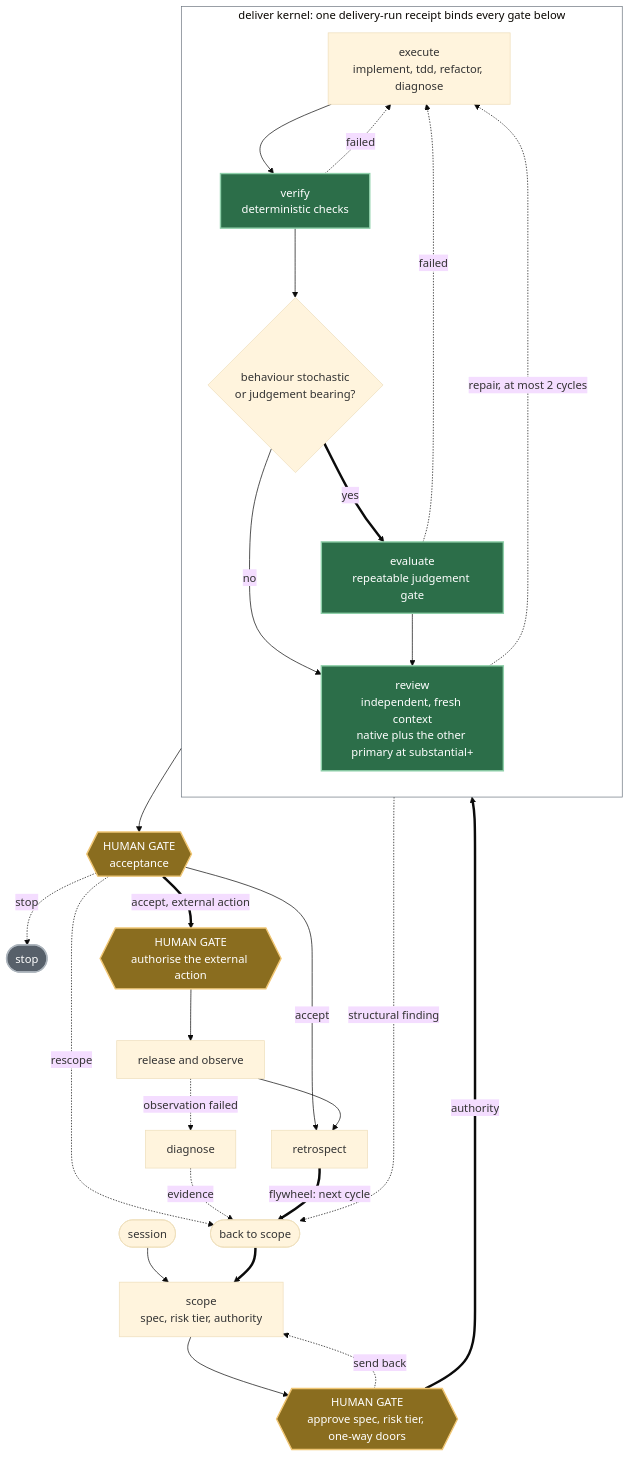
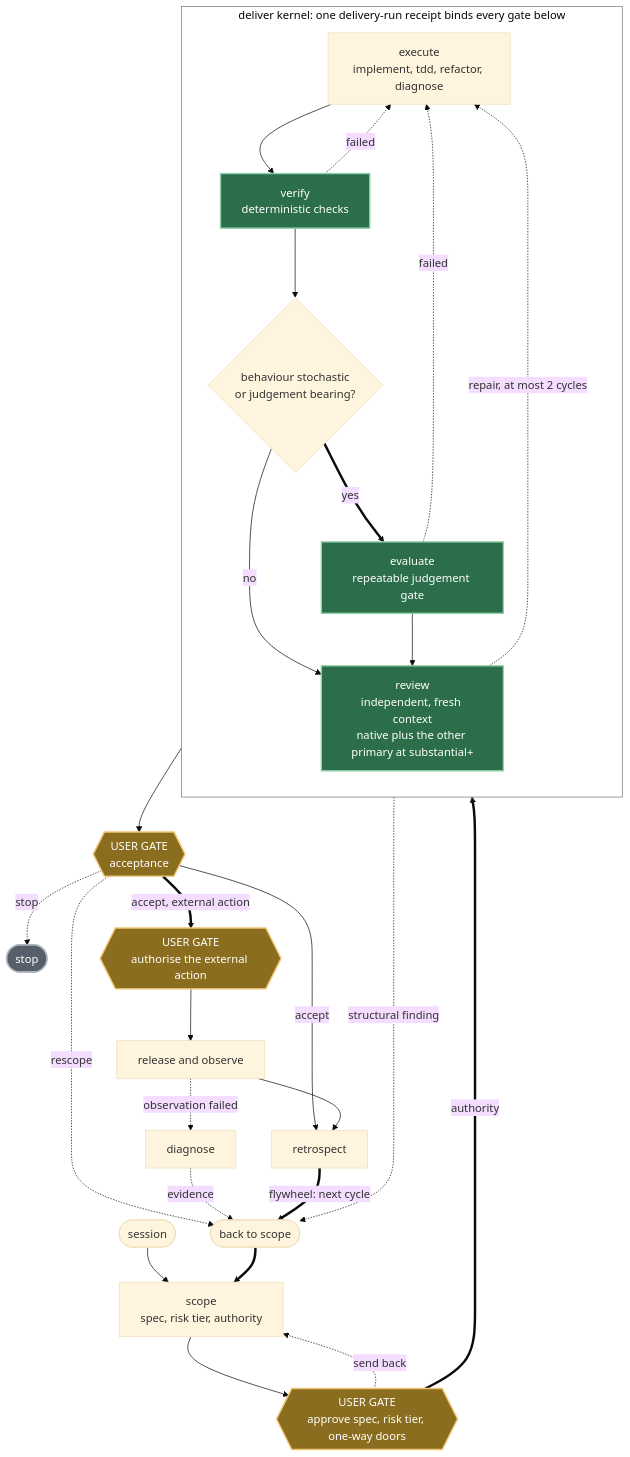
One commit to mblauberg/agent-harness changed the first of 3 diagrams in docs/ARCHITECTURE.md. Above: the diagram before and after it, drawn with Mermaid (base theme). The commit also changed other lines of this file and 9 other files, not shown here.

````diff
--- a/docs/ARCHITECTURE.md
+++ b/docs/ARCHITECTURE.md
@@ -44,43 +44,43 @@
 ```mermaid
 flowchart TB
-    accTitle: The full delivery lifecycle and its three human gates
-    accDescr: Session prepares context and scope produces the specification, risk tier and authority. A human gate approves the specification or sends it back to scope. Inside the deliver kernel, execute runs implement, tdd, refactor or diagnose, then deterministic verification runs, then a separate conditional evaluate gate runs only when behaviour is stochastic or judgement bearing, then an independent review in a fresh context that never authored the work. Review pressure scales with risk: routine work needs only the chair and its native checks, while substantial and above owe both a fresh native reviewer and the other primary family. A failed check or a blocking finding returns to execute for a repair budget scaled to task complexity, roughly 1-2 cycles for routine work and up to 5 for complex work — a guardrail against unbounded loops, not a target. The human acceptance gate accepts, rescopes or stops. Any external action needs a separate human authorisation before release and observation. A failed observation opens diagnose. Every path that returns work to scope, a structural review finding, a rescope at the acceptance gate, diagnostic evidence and the retrospect flywheel, converges on one back-to-scope collector rather than five separate return edges.
+    accTitle: The full delivery lifecycle and its three user gates
+    accDescr: Session prepares context and scope produces the specification, risk tier and authority. A user gate approves the specification or sends it back to scope. Inside the deliver kernel, execute runs implement, tdd, refactor or diagnose, then deterministic verification runs, then a separate conditional evaluate gate runs only when behaviour is stochastic or judgement bearing, then an independent review in a fresh context that never authored the work. Review pressure scales with risk: routine work needs only the chair and its native checks, while substantial and above owe both a fresh native reviewer and the other primary family. A failed check or a blocking finding returns to execute for a repair budget scaled to task complexity, roughly 1-2 cycles for routine work and up to 5 for complex work — a guardrail against unbounded loops, not a target. The user acceptance gate accepts, rescopes or stops. Any external action needs a separate user authorisation before release and observation. A failed observation opens diagnose. Every path that returns work to scope, a structural review finding, a rescope at the acceptance gate, diagnostic evidence and the retrospect flywheel, converges on one back-to-scope collector rather than five separate return edges.
     SE(["session"]) --> SC["scope<br/>spec, risk tier, authority"]
-    SC --> G1{{"HUMAN GATE<br/>approve spec, risk tier, one-way doors"}}
+    SC --> G1{{"USER GATE<br/>approve spec, risk tier, one-way doors"}}
     G1 -. "send back" .-> SC
     G1 == "authority" ==> DEL
 
     subgraph DEL["deliver kernel: one delivery-run receipt binds every gate below"]
       direction TB
       EX["execute<br/>implement, tdd, refactor, diagnose"] --> VF["verify<br/>deterministic checks"]
       VF -. "failed" .-> EX
       VF --> Q{"behaviour stochastic<br/>or judgement bearing?"}
       Q -- "no" --> RV
       Q == "yes" ==> EV["evaluate<br/>repeatable judgement gate"]
       EV -. "failed" .-> EX
       EV --> RV["review<br/>independent, fresh context<br/>native plus the other primary at substantial+"]
       RV -. "repair, at most 2 cycles" .-> EX
     end
 
-    RV --> G2{{"HUMAN GATE<br/>acceptance"}}
+    RV --> G2{{"USER GATE<br/>acceptance"}}
     G2 -. "stop" .-> HALT(["stop"])
     G2 -- "accept" --> RT["retrospect"]
-    G2 == "accept, external action" ==> G3{{"HUMAN GATE<br/>authorise the external action"}}
+    G2 == "accept, external action" ==> G3{{"USER GATE<br/>authorise the external action"}}
     G3 --> RL["release and observe"]
     RL -. "observation failed" .-> DG["diagnose"]
     RL --> RT
 
     RV -. "structural finding" .-> RS
     G2 -. "rescope" .-> RS
     DG -. "evidence" .-> RS
     RT == "flywheel: next cycle" ==> RS
     RS(["back to scope"]) ==> SC
 
-    classDef human fill:#8a6d1f,stroke:#f0c674,color:#ffffff,stroke-width:2px
+    classDef user fill:#8a6d1f,stroke:#f0c674,color:#ffffff,stroke-width:2px
     classDef blocking fill:#2c6e49,stroke:#8fd0aa,color:#ffffff,stroke-width:2px
     classDef inert fill:#57606a,stroke:#adb5bd,color:#ffffff,stroke-width:2px
-    class G1,G2,G3 human
+    class G1,G2,G3 user
     class VF,EV,RV blocking
     class HALT inert
     style DEL fill:none,stroke:#6e7781,stroke-width:1px
 ```
````
